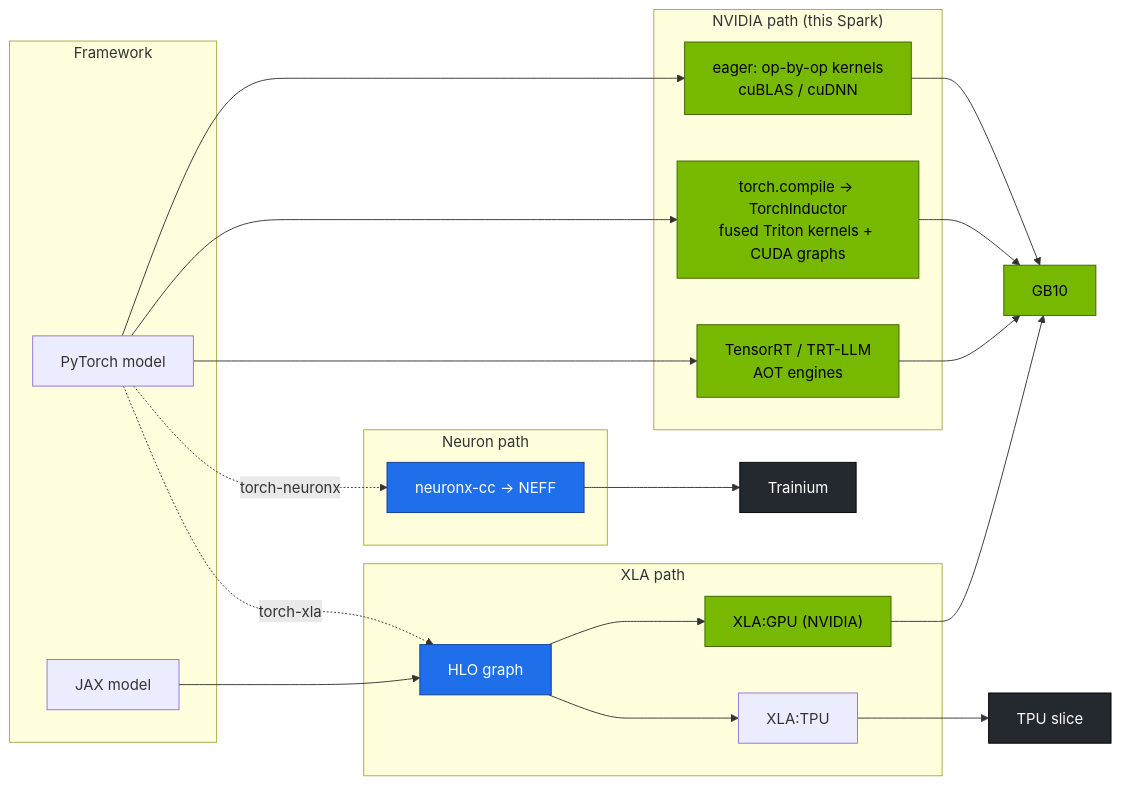
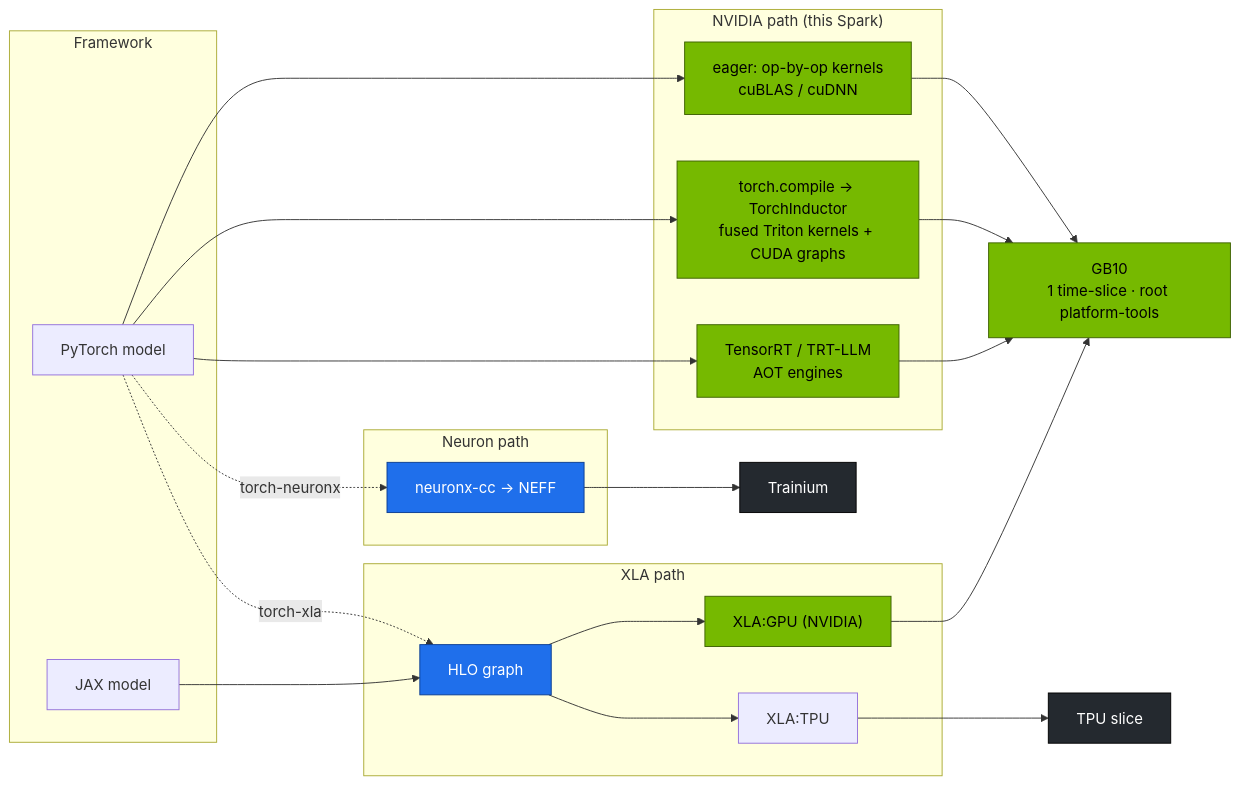
One commit to cloudone365/technical-depth changed the diagram in 02 Kubernetes/25-hyperscaler-silicon-and-compilers.md. Above: the diagram before and after it, drawn with Mermaid. The commit also changed other lines of this file and 53 other files, not shown here.

````diff
--- a/02 Kubernetes/25-hyperscaler-silicon-and-compilers.md
+++ b/02 Kubernetes/25-hyperscaler-silicon-and-compilers.md
@@ -35,32 +40,32 @@
 ```mermaid
 flowchart LR
   subgraph FW["Framework"]
     PT["PyTorch model"]
     JX["JAX model"]
   end
   subgraph NV["NVIDIA path (this Spark)"]
     E["eager: op-by-op kernels<br/>cuBLAS / cuDNN"]
     I["torch.compile → TorchInductor<br/>fused Triton kernels + CUDA graphs"]
     TRT["TensorRT / TRT-LLM<br/>AOT engines"]
   end
   subgraph XLA["XLA path"]
     H["HLO graph"] --> XG["XLA:GPU (NVIDIA)"]
     H --> XT["XLA:TPU"]
   end
   subgraph NX["Neuron path"]
     NC["neuronx-cc → NEFF"]
   end
   PT --> E & I & TRT
   PT -. "torch-xla" .-> H
   JX --> H
   PT -. "torch-neuronx" .-> NC
-  E & I & TRT & XG --> GB10["GB10"]
+  E & I & TRT & XG --> GB10["GB10<br/>1 time-slice · root platform-tools"]
   XT --> TPU["TPU slice"]
   NC --> TRN["Trainium"]
   classDef gpu fill:#76b900,stroke:#3d6000,color:#000
   classDef ctrl fill:#1f6feb,stroke:#0b3d91,color:#fff
   classDef ext fill:#24292f,stroke:#000,color:#fff
   class E,I,TRT,XG,GB10 gpu
   class H,NC ctrl
   class TPU,TRN ext
 ```
````
